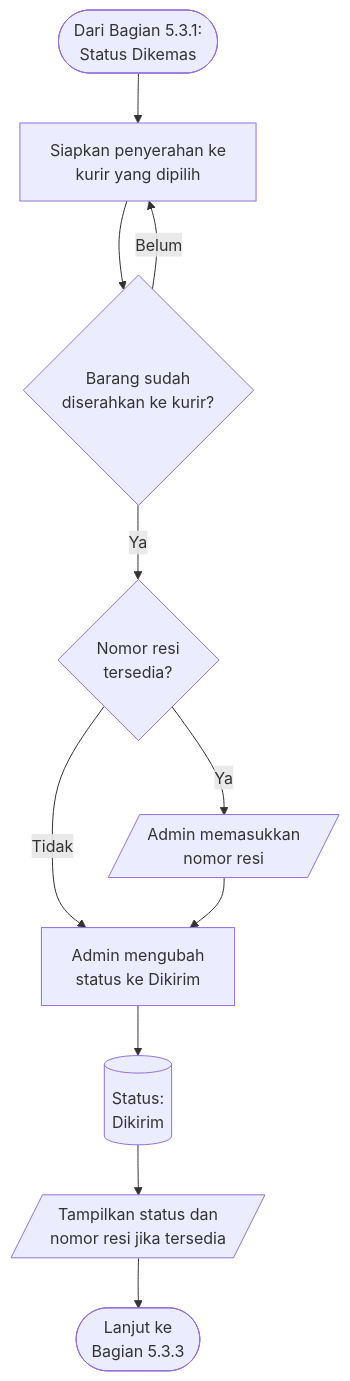
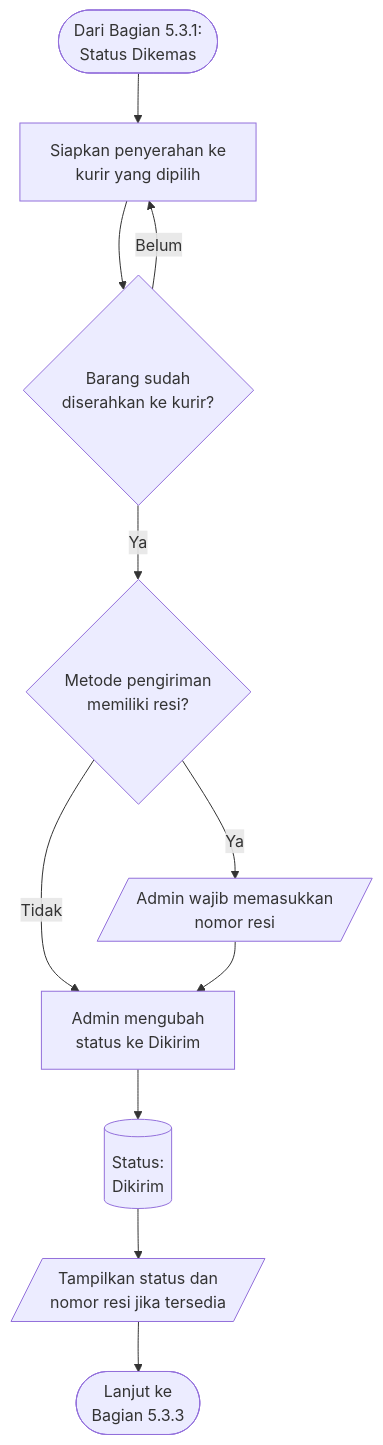
The sixth of 9 diagrams in docs/client/DOKUMEN_REVIEW_DAN_PERSETUJUAN_KLIEN.md (Webekspres/pixel-komunika), drawn with Mermaid before and after one commit. The commit also changed other lines of this file and 9 other files, not shown here.

````diff
--- a/docs/client/DOKUMEN_REVIEW_DAN_PERSETUJUAN_KLIEN.md
+++ b/docs/client/DOKUMEN_REVIEW_DAN_PERSETUJUAN_KLIEN.md
@@ -270,13 +283,13 @@
 ```mermaid
 flowchart TD
     A(["Dari Bagian 5.3.1:<br/>Status Dikemas"]) --> B["Siapkan penyerahan ke<br/>kurir yang dipilih"]
     B --> C{"Barang sudah<br/>diserahkan ke kurir?"}
     C -->|Belum| B
-    C -->|Ya| D{"Nomor resi<br/>tersedia?"}
-    D -->|Ya| E[/"Admin memasukkan<br/>nomor resi"/]
+    C -->|Ya| D{"Metode pengiriman<br/>memiliki resi?"}
+    D -->|Ya| E[/"Admin wajib memasukkan<br/>nomor resi"/]
     D -->|Tidak| F["Admin mengubah<br/>status ke Dikirim"]
     E --> F
     F --> G[("Status:<br/>Dikirim")]
     G --> H[/"Tampilkan status dan<br/>nomor resi jika tersedia"/]
     H --> I(["Lanjut ke<br/>Bagian 5.3.3"])
 ```
````
